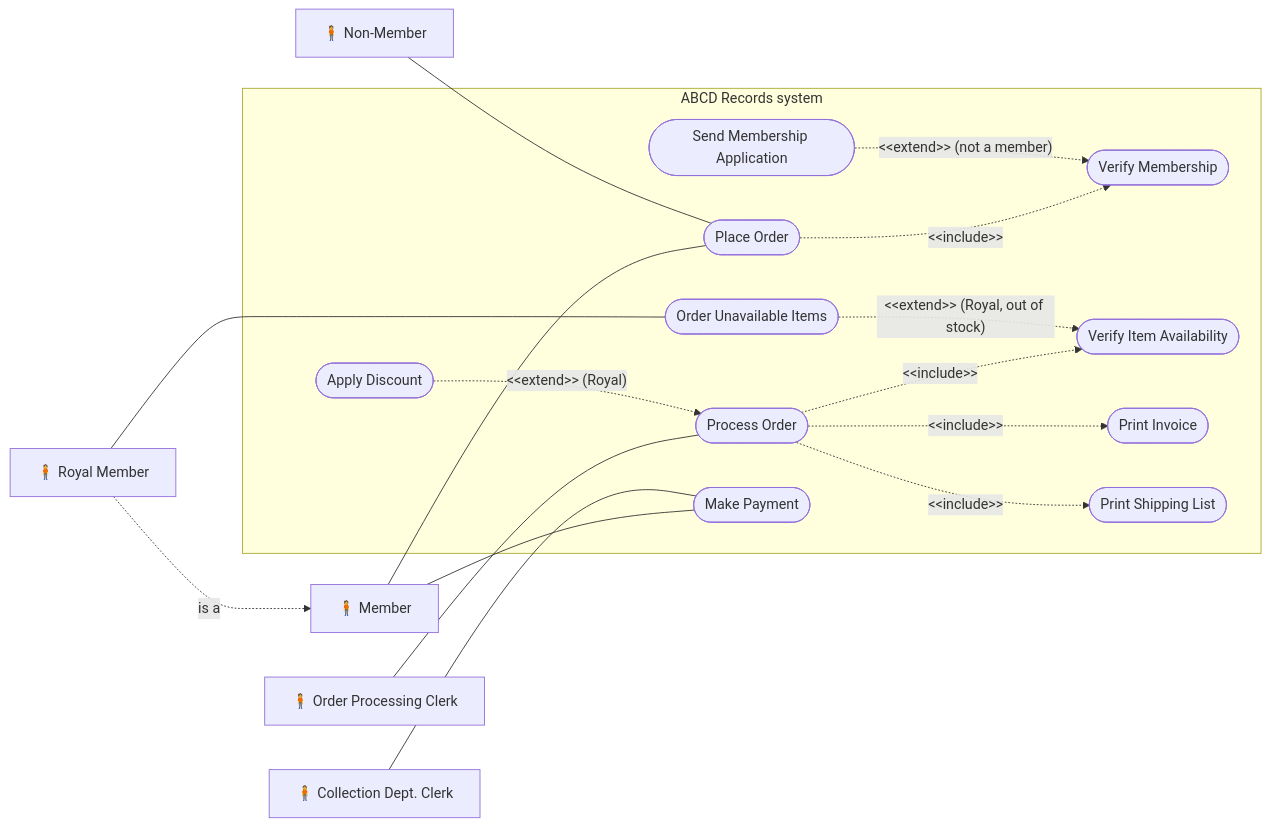
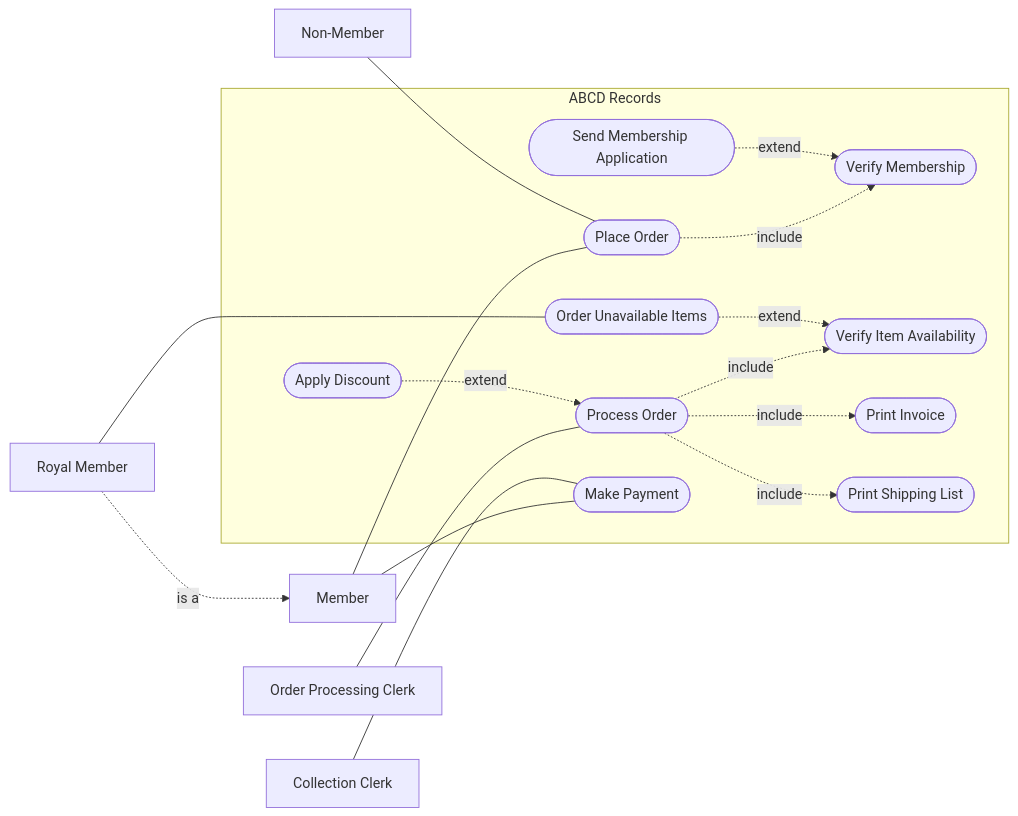
One commit to mathislepoutre1/oop-python-exercises changed the third of 8 diagrams in 04-uml/abcd_records/README.md. Above: the diagram before and after it, drawn with Mermaid. The commit also changed other lines of this file and 8 other files, not shown here.

````diff
--- a/04-uml/abcd_records/README.md
+++ b/04-uml/abcd_records/README.md
@@ -65,37 +59,37 @@
 ```mermaid
 flowchart LR
-    M["🧍 Member"]
-    RM["🧍 Royal Member"]
-    NM["🧍 Non-Member"]
-    OC["🧍 Order Processing Clerk"]
-    CC["🧍 Collection Dept. Clerk"]
+    M["Member"]
+    RM["Royal Member"]
+    NM["Non-Member"]
+    OC["Order Processing Clerk"]
+    CC["Collection Clerk"]
 
-    subgraph ABCD["ABCD Records system"]
+    subgraph ABCD["ABCD Records"]
         PO([Place Order])
         VM([Verify Membership])
         SA([Send Membership Application])
         PR([Process Order])
         VA([Verify Item Availability])
         AD([Apply Discount])
         OU([Order Unavailable Items])
         PI([Print Invoice])
         PS([Print Shipping List])
         MP([Make Payment])
     end
 
     RM -. is a .-> M
     M --- PO
     M --- MP
     NM --- PO
     OC --- PR
     CC --- MP
+    RM --- OU
 
-    PO -. "&lt;&lt;include&gt;&gt;" .-> VM
-    SA -. "&lt;&lt;extend&gt;&gt; (not a member)" .-> VM
-    PR -. "&lt;&lt;include&gt;&gt;" .-> VA
-    PR -. "&lt;&lt;include&gt;&gt;" .-> PI
-    PR -. "&lt;&lt;include&gt;&gt;" .-> PS
-    AD -. "&lt;&lt;extend&gt;&gt; (Royal)" .-> PR
-    OU -. "&lt;&lt;extend&gt;&gt; (Royal, out of stock)" .-> VA
-    RM --- OU
+    PO -. include .-> VM
+    SA -. extend .-> VM
+    PR -. include .-> VA
+    PR -. include .-> PI
+    PR -. include .-> PS
+    AD -. extend .-> PR
+    OU -. extend .-> VA
 ```
````
